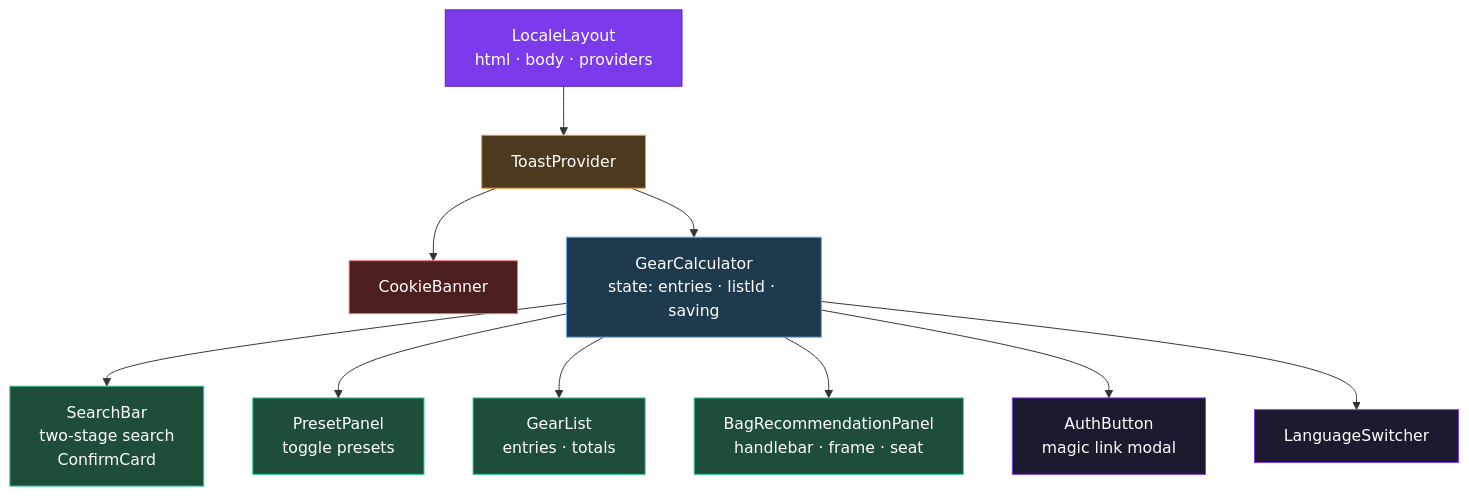
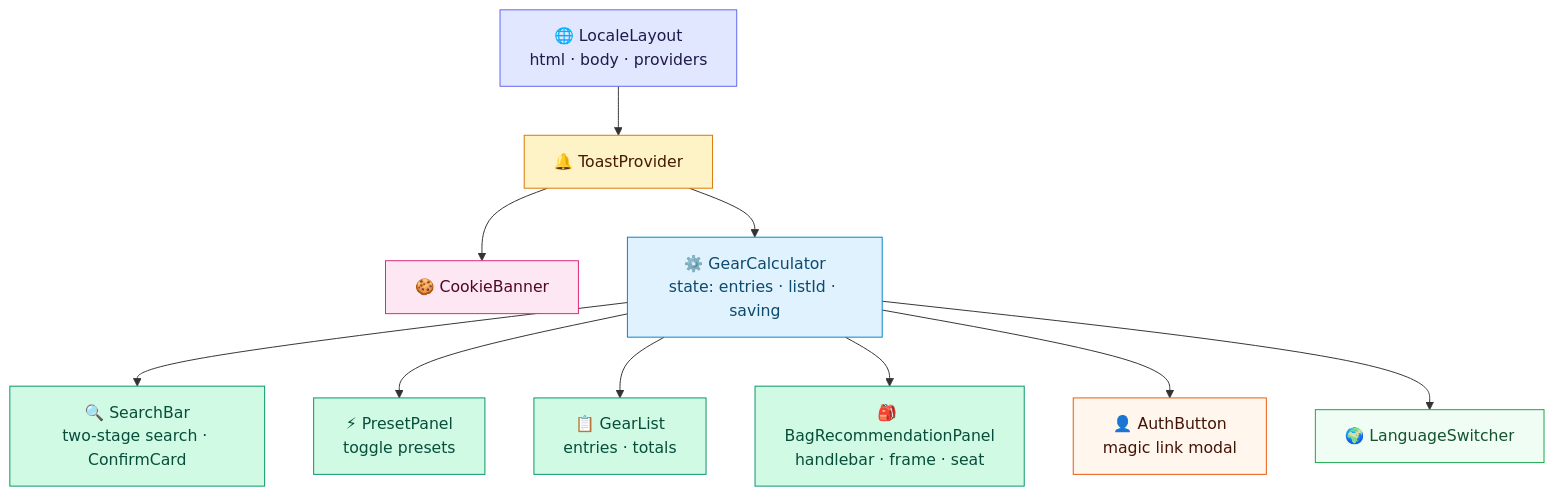
One commit to alexzhel-io/veloadout changed diagram 11 of 14 in docs/architecture.md. Above: the diagram before and after it, drawn with Mermaid. The commit also changed other lines of this file and 1 other file, not shown here.

Commit message:
docs: translate to English, pastel colors on all diagrams

````diff
--- a/docs/architecture.md
+++ b/docs/architecture.md
@@ -387,35 +406,35 @@
 ```mermaid
 graph TD
-    LL["LocaleLayout<br>html · body · providers"]
-    TC["ToastProvider"]
-    CB["CookieBanner"]
-    GC["GearCalculator<br>state: entries · listId · saving"]
+    LL["🌐 LocaleLayout<br>html · body · providers"]
+    TC["🔔 ToastProvider"]
+    CB["🍪 CookieBanner"]
+    GC["⚙️ GearCalculator<br>state: entries · listId · saving"]
 
-    SB["SearchBar<br>two-stage search<br>ConfirmCard"]
-    PP["PresetPanel<br>toggle presets"]
-    GL["GearList<br>entries · totals"]
-    BRP["BagRecommendationPanel<br>handlebar · frame · seat"]
-    AB["AuthButton<br>magic link modal"]
-    LS["LanguageSwitcher"]
+    SB["🔍 SearchBar<br>two-stage search · ConfirmCard"]
+    PP["⚡ PresetPanel<br>toggle presets"]
+    GL["📋 GearList<br>entries · totals"]
+    BRP["🎒 BagRecommendationPanel<br>handlebar · frame · seat"]
+    AB["👤 AuthButton<br>magic link modal"]
+    LS["🌍 LanguageSwitcher"]
 
     LL --> TC
     TC --> CB
     TC --> GC
     GC --> SB
     GC --> PP
     GC --> GL
     GC --> BRP
     GC --> AB
     GC --> LS
 
-    style LL fill:#7c3aed,stroke:#5b21b6,color:#fff
-    style TC fill:#4d3a1e,stroke:#fb923c,color:#fff
-    style GC fill:#1e3a4d,stroke:#60a5fa,color:#fff
-    style SB fill:#1e4d3a,stroke:#34d399,color:#fff
-    style PP fill:#1e4d3a,stroke:#34d399,color:#fff
-    style GL fill:#1e4d3a,stroke:#34d399,color:#fff
-    style BRP fill:#1e4d3a,stroke:#34d399,color:#fff
-    style CB fill:#4d1e1e,stroke:#f87171,color:#fff
-    style AB fill:#1c1a2e,stroke:#7c3aed,color:#fff
-    style LS fill:#1c1a2e,stroke:#7c3aed,color:#fff
+    style LL fill:#e0e7ff,stroke:#6366f1,color:#1e1b4b
+    style TC fill:#fef3c7,stroke:#d97706,color:#451a03
+    style CB fill:#fce7f3,stroke:#db2777,color:#500724
+    style GC fill:#e0f2fe,stroke:#0284c7,color:#0c4a6e
+    style SB fill:#d1fae5,stroke:#059669,color:#064e3b
+    style PP fill:#d1fae5,stroke:#059669,color:#064e3b
+    style GL fill:#d1fae5,stroke:#059669,color:#064e3b
+    style BRP fill:#d1fae5,stroke:#059669,color:#064e3b
+    style AB fill:#fff7ed,stroke:#ea580c,color:#431407
+    style LS fill:#f0fdf4,stroke:#16a34a,color:#14532d
 ```
````
